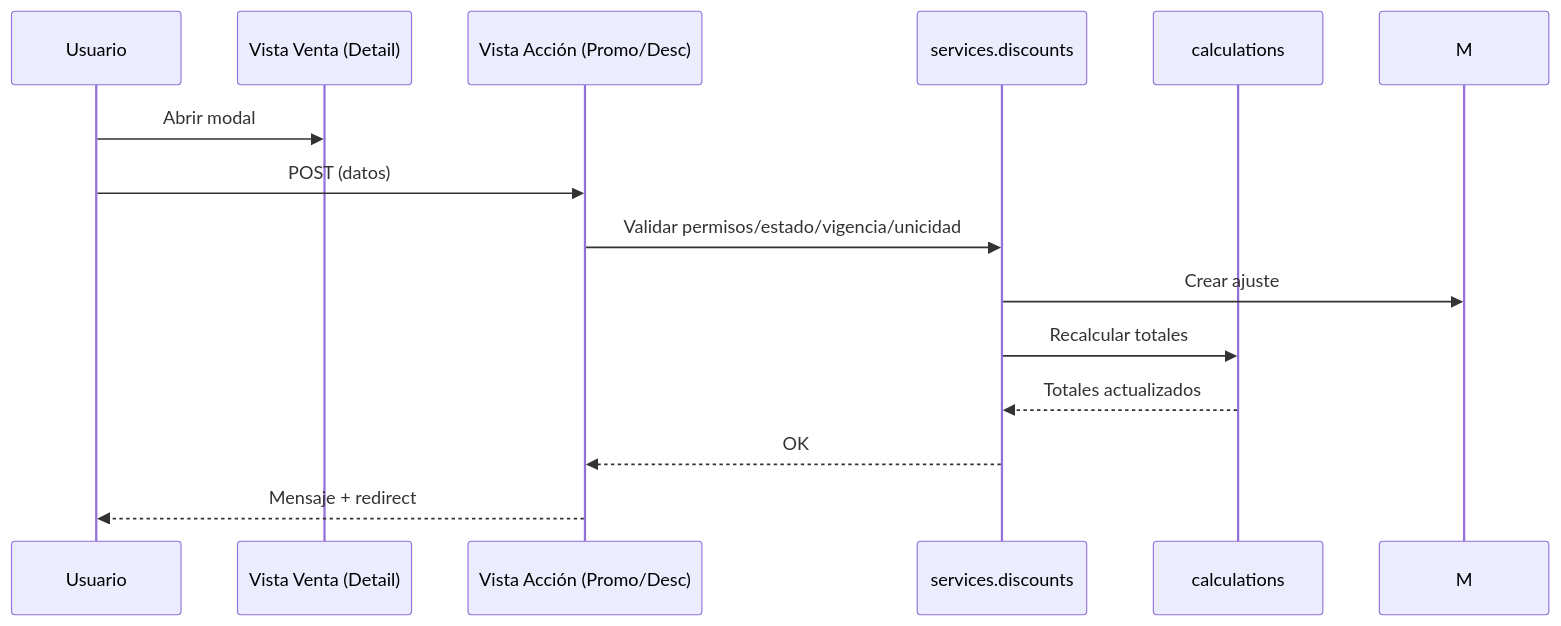
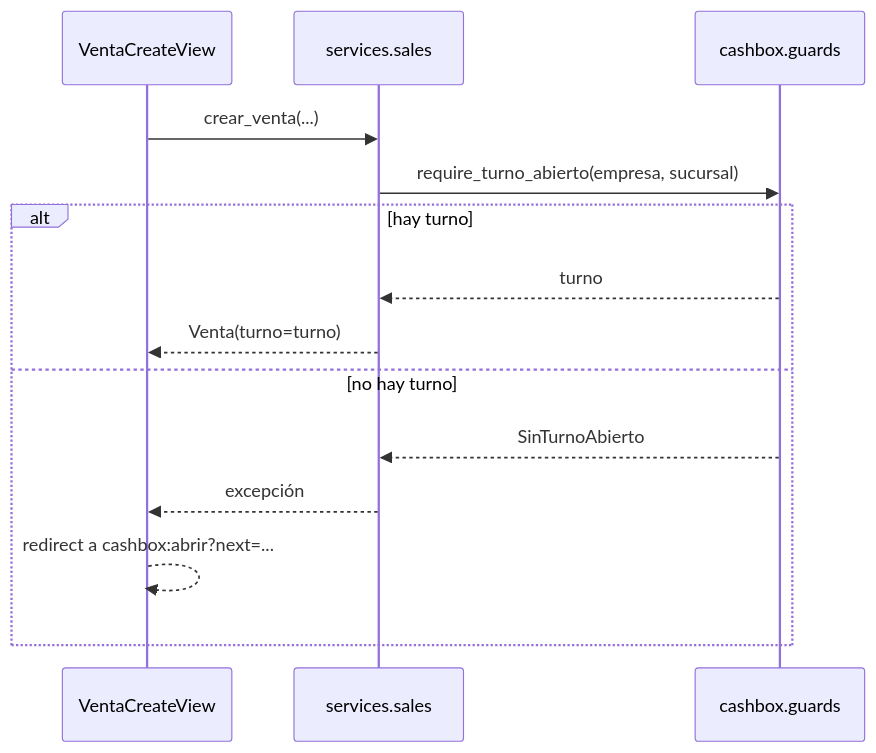
One commit to IgnacioVelazquez92/LavaderApp changed diagram 31 of 35 in README.md. Above: the diagram before and after it, drawn with Mermaid. The commit also changed other lines of this file and 39 other files, not shown here.

````diff
--- a/README.md
+++ b/README.md
@@ -2795,17 +2703,16 @@
 ```mermaid
 sequenceDiagram
-    participant U as Usuario
-    participant VW as Vista Venta (Detail)
-    participant VP as Vista Acción (Promo/Desc)
-    participant SD as services.discounts
-    participant CALC as calculations
-
-    U->>VW: Abrir modal
-    U->>VP: POST (datos)
-    VP->>SD: Validar permisos/estado/vigencia/unicidad
-    SD->>M: Crear ajuste
-    SD->>CALC: Recalcular totales
-    CALC-->>SD: Totales actualizados
-    SD-->>VP: OK
-    VP-->>U: Mensaje + redirect
+    participant V as VentaCreateView
+    participant S as services.sales
+    participant G as cashbox.guards
+    V->>S: crear_venta(...)
+    S->>G: require_turno_abierto(empresa, sucursal)
+    alt hay turno
+      G-->>S: turno
+      S-->>V: Venta(turno=turno)
+    else no hay turno
+      G-->>S: SinTurnoAbierto
+      S-->>V: excepción
+      V-->>V: redirect a cashbox:abrir?next=...
+    end
 ```
````
